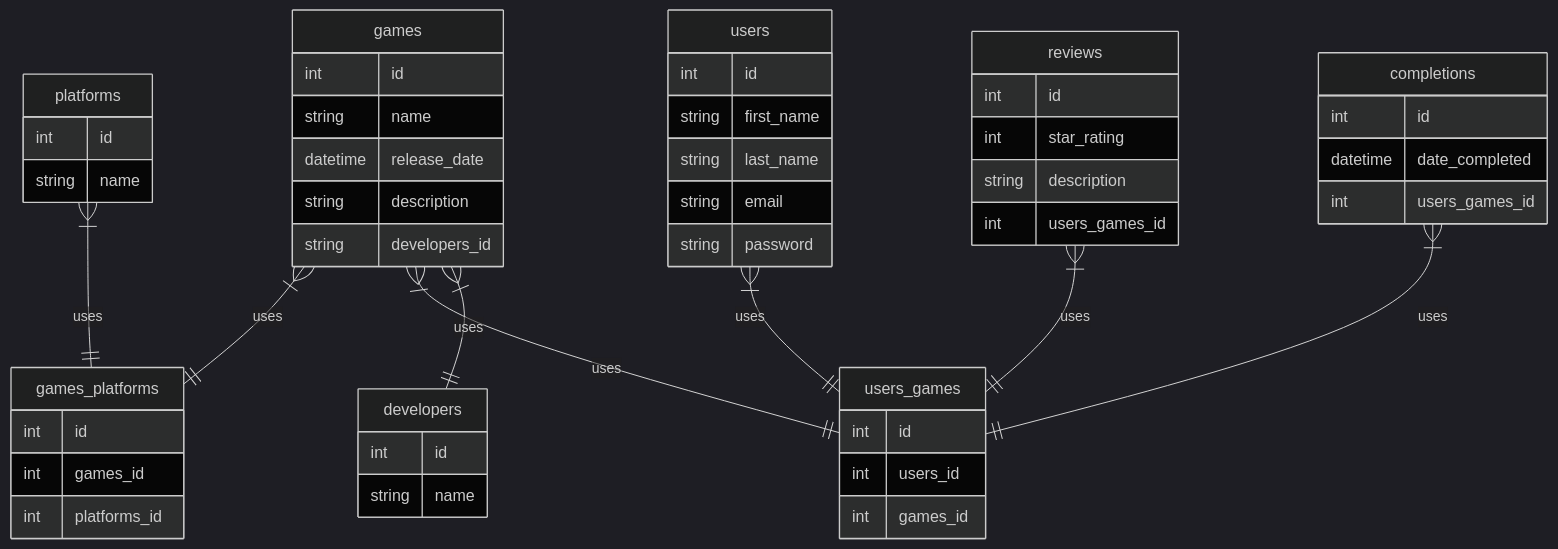
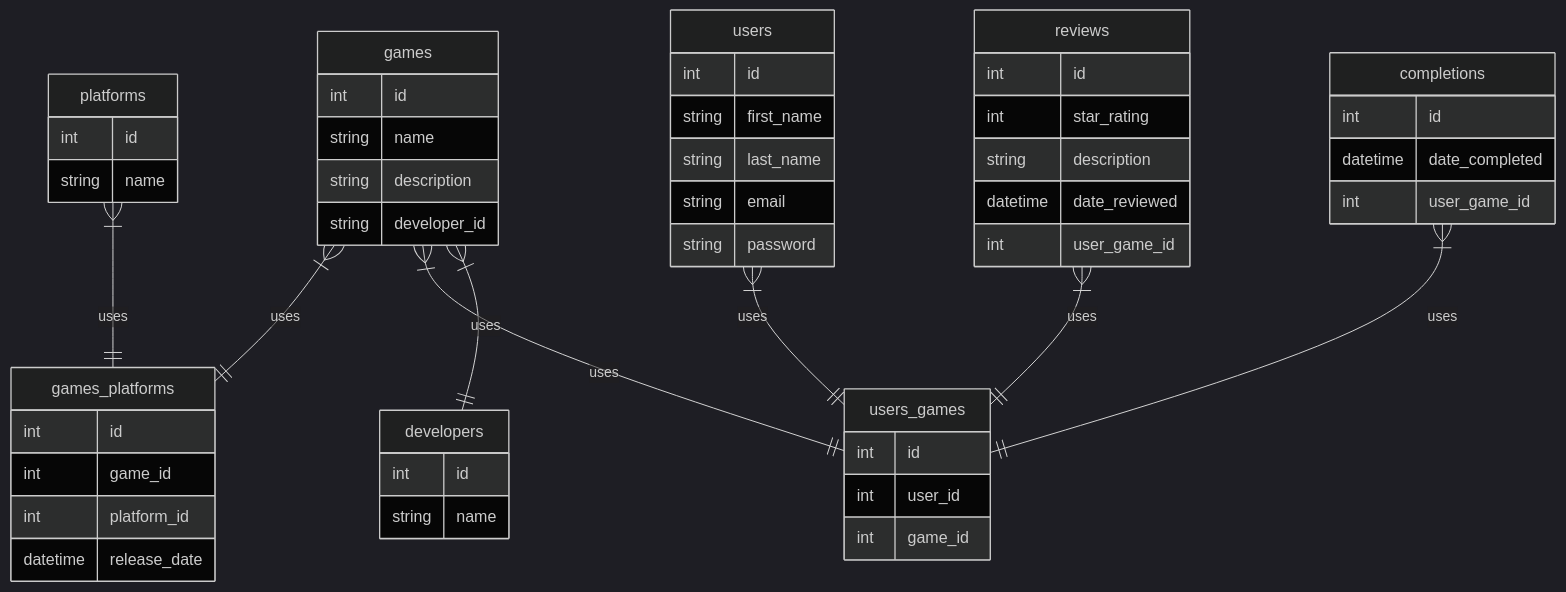
Before and after one commit to Haikira/VGLogger: the second of 2 diagrams in README.md, drawn with Mermaid.

````diff
--- a/README.md
+++ b/README.md
@@ -42,58 +42,59 @@
 ``` mermaid
 %%{init: {'theme': 'dark' } }%%
 
 erDiagram
 
         games {
                 int id
-                string name
-                datetime release_date
+                string name                
                 string description
-                string developers_id
+                string developer_id
         }
         platforms {
                 int id
                 string name                
         }
         games_platforms {
                 int id
-                int games_id
-                int platforms_id
+                int game_id
+                int platform_id
+                datetime release_date
         }
         users_games {
                 int id
-                int users_id
-                int games_id
+                int user_id
+                int game_id
         }
         users {
                 int id
                 string first_name
                 string last_name
                 string email
                 string password
         }
         developers {
                 int id
                 string name
         }
         reviews {
                 int id
                 int star_rating
                 string description
-                int users_games_id
+                datetime date_reviewed
+                int user_game_id
         }
         completions {
                 int id
                 datetime date_completed
-                int users_games_id
+                int user_game_id
         }
         
         games }|--|| games_platforms: "uses"
         platforms }|--|| games_platforms: "uses"
         games }|--|| users_games: "uses"
         users }|--|| users_games: "uses"
         games }|--|| developers: "uses"
         reviews }|--|| users_games: "uses"
         completions }|--|| users_games: "uses"
 
 ```
````
